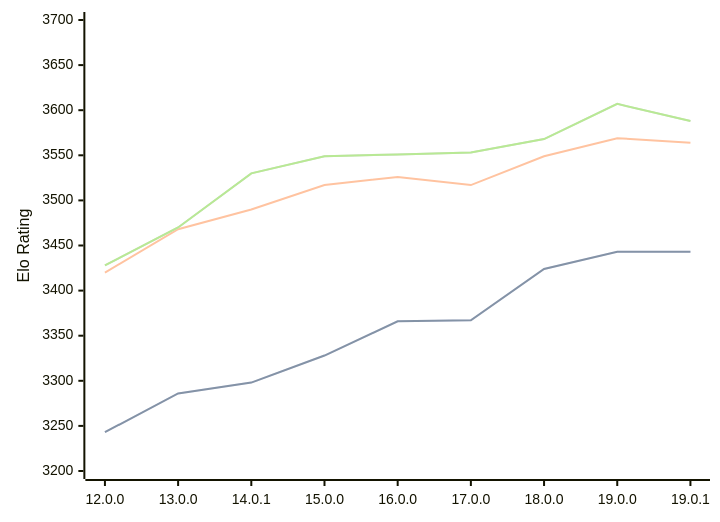
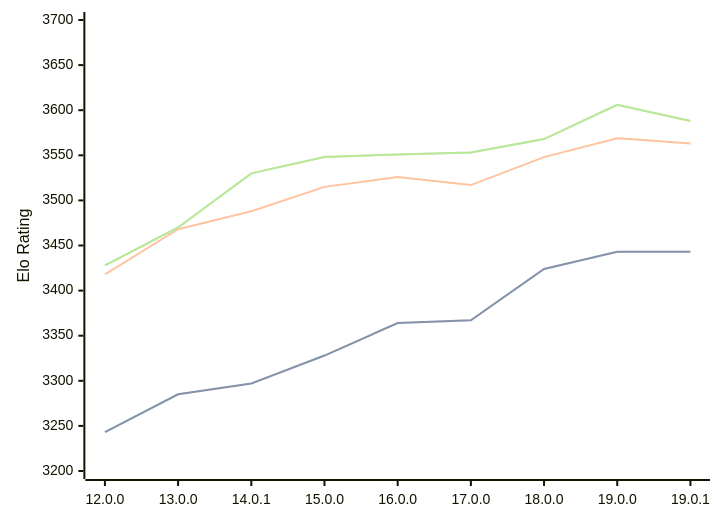
One commit to computer-chess-index/cci changed the diagram in engines/Viridithas.md. Above: the diagram before and after it, drawn with Mermaid. The commit also changed other lines of this file, not shown here.

Commit message:
Update CCI Ratings (ELO VLTC) - 2026-04-28

````diff
--- a/engines/Viridithas.md
+++ b/engines/Viridithas.md
@@ -63,11 +63,11 @@
 ```mermaid
 %%{init: {"theme":"base","themeVariables":{"seriesColors:['#a3a3a3','#222221','#faa371']}}}%%
 xychart-beta
   x-axis ["12.0.0", "13.0.0", "14.0.1", "15.0.0", "16.0.0", "17.0.0", "18.0.0", "19.0.0", "19.0.1"]
   y-axis "Elo Rating" 3200 --> 3700
-  line "STC (8.0+0.08s)" [3243, 3286, 3298, 3328, 3366, 3367, 3424, 3443, 3443]
-  line "STC (8.0+0.08s)" [3243, 3286, 3298, 3328, 3366, 3367, 3424, 3443, 3443]
-  line "LTC (60.0+0.60s)" [3420, 3468, 3490, 3517, 3526, 3517, 3549, 3569, 3564]
-  line "VLTC (2m24s+1.12s)" [3428, 3470, 3530, 3549, 3551, 3553, 3568, 3607, 3588]
-  line "VLTC (2m24s+1.12s)" [3428, 3470, 3530, 3549, 3551, 3553, 3568, 3607, 3588]
+  line "STC (8.0+0.08s)" [3243, 3285, 3297, 3328, 3364, 3367, 3424, 3443, 3443]
+  line "STC (8.0+0.08s)" [3243, 3285, 3297, 3328, 3364, 3367, 3424, 3443, 3443]
+  line "LTC (60.0+0.60s)" [3418, 3468, 3488, 3515, 3526, 3517, 3548, 3569, 3563]
+  line "VLTC (2m24s+1.12s)" [3428, 3470, 3530, 3548, 3551, 3553, 3568, 3606, 3588]
+  line "VLTC (2m24s+1.12s)" [3428, 3470, 3530, 3548, 3551, 3553, 3568, 3606, 3588]
 ```
````
